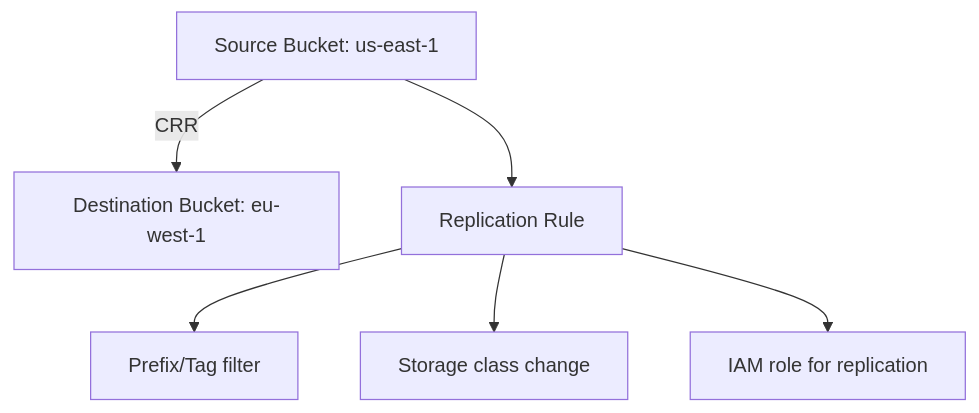
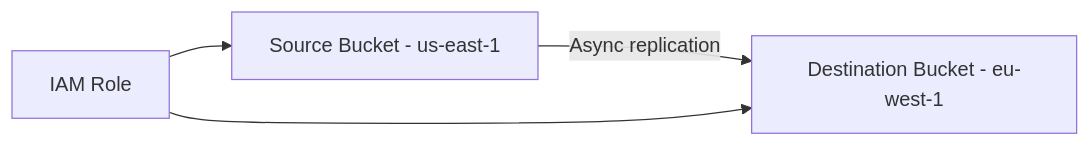
The tenth of 13 diagrams in src/cloud/aws/s3.md (vanos001/placement_prep), drawn with Mermaid before and after one commit. The commit also changed other lines of this file, not shown here.

````diff
--- a/src/cloud/aws/s3.md
+++ b/src/cloud/aws/s3.md
@@ -138,9 +257,6 @@
 ```mermaid
-graph TD
-    SRC[Source Bucket: us-east-1] -->|CRR| DST[Destination Bucket: eu-west-1]
-
-    SRC --> RULE[Replication Rule]
-    RULE --> FILTER[Prefix/Tag filter]
-    RULE --> STORAGE[Storage class change]
-    RULE --> IAM[IAM role for replication]
+graph LR
+    SOURCE[Source Bucket - us-east-1] --> |Async replication| DEST[Destination Bucket - eu-west-1]
+    IAM_ROLE[IAM Role] --> SOURCE
+    IAM_ROLE --> DEST
 ```
````
